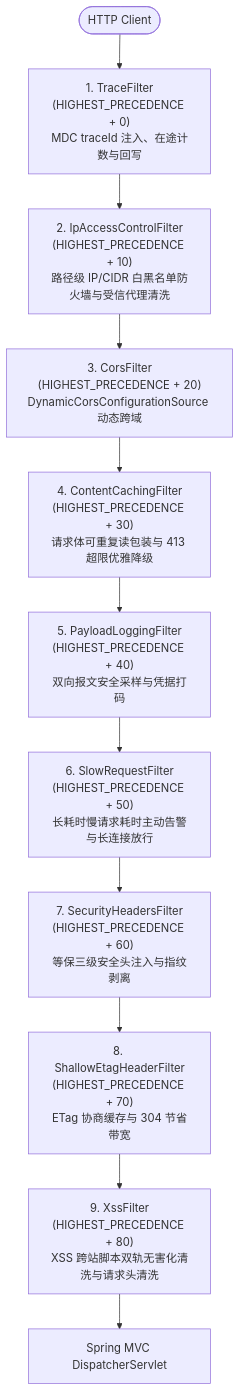
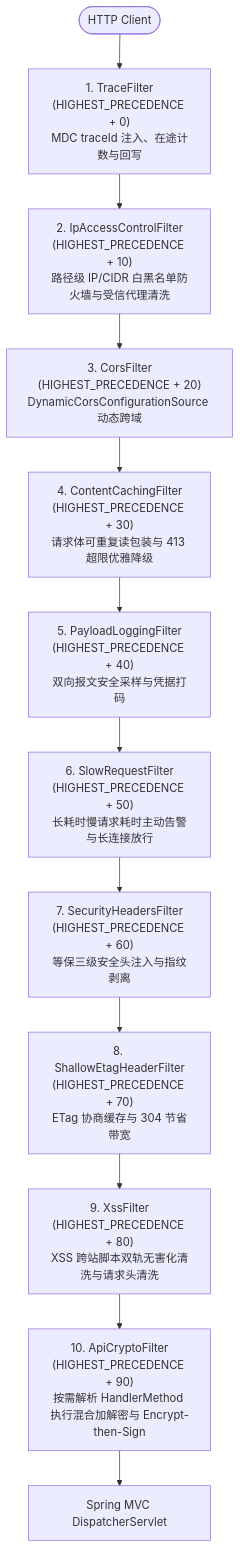
The first of 2 diagrams in ateng-boot-web/README.md (atengk/ateng-boot), drawn with Mermaid before and after one commit. The commit also changed other lines of this file and 56 other files, not shown here.

First line of the commit message:
feat(web): 新增 API 传输层混合加解密能力（@ApiEncrypt/@ApiDecrypt）并与 @ApiSign 协同

````diff
--- a/ateng-boot-web/README.md
+++ b/ateng-boot-web/README.md
@@ -115,13 +116,14 @@
 ```mermaid
 flowchart TD
     Client(["HTTP Client"]) --> TraceFilter["1. TraceFilter<br>(HIGHEST_PRECEDENCE + 0)<br>MDC traceId 注入、在途计数与回写"]
     TraceFilter --> IpFilter["2. IpAccessControlFilter<br>(HIGHEST_PRECEDENCE + 10)<br>路径级 IP/CIDR 白黑名单防火墙与受信代理清洗"]
     IpFilter --> CorsFilter["3. CorsFilter<br>(HIGHEST_PRECEDENCE + 20)<br>DynamicCorsConfigurationSource 动态跨域"]
     CorsFilter --> CacheFilter["4. ContentCachingFilter<br>(HIGHEST_PRECEDENCE + 30)<br>请求体可重复读包装与 413 超限优雅降级"]
     CacheFilter --> PayloadFilter["5. PayloadLoggingFilter<br>(HIGHEST_PRECEDENCE + 40)<br>双向报文安全采样与凭据打码"]
     PayloadFilter --> SlowFilter["6. SlowRequestFilter<br>(HIGHEST_PRECEDENCE + 50)<br>长耗时慢请求耗时主动告警与长连接放行"]
     SlowFilter --> SecurityFilter["7. SecurityHeadersFilter<br>(HIGHEST_PRECEDENCE + 60)<br>等保三级安全头注入与指纹剥离"]
     SecurityFilter --> EtagFilter["8. ShallowEtagHeaderFilter<br>(HIGHEST_PRECEDENCE + 70)<br>ETag 协商缓存与 304 节省带宽"]
     EtagFilter --> XssFilter["9. XssFilter<br>(HIGHEST_PRECEDENCE + 80)<br>XSS 跨站脚本双轨无害化清洗与请求头清洗"]
-    XssFilter --> Dispatcher["Spring MVC DispatcherServlet"]
+    XssFilter --> ApiCryptoFilter["10. ApiCryptoFilter<br>(HIGHEST_PRECEDENCE + 90)<br>按需解析 HandlerMethod 执行混合加解密与 Encrypt-then-Sign"]
+    ApiCryptoFilter --> Dispatcher["Spring MVC DispatcherServlet"]
 ```
````
